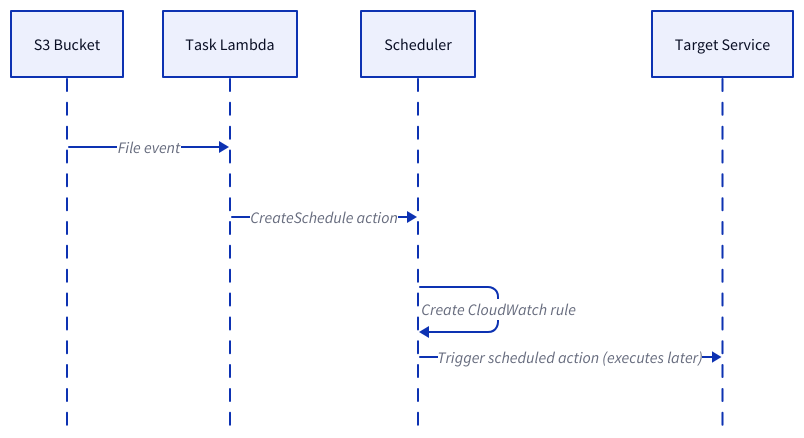
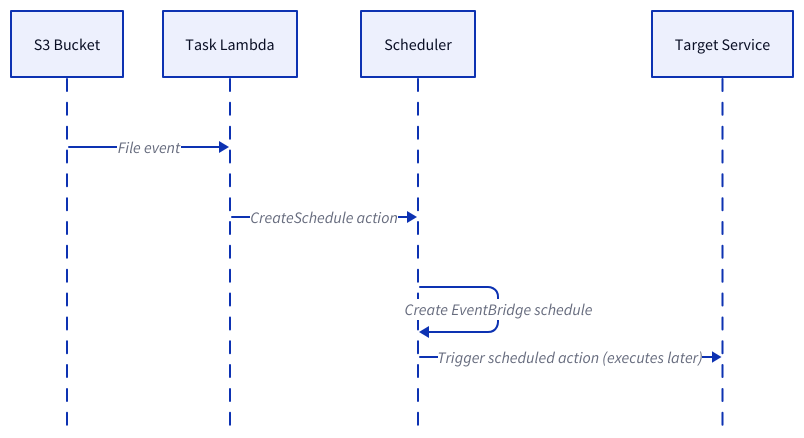
Before and after one commit to ReventlessDev/reventless-core: the third of 4 diagrams in packages/doc/docs-app/components/task.md, drawn with D2. The commit also changed other lines of this file and 66 other files, not shown here.

First line of the commit message:
feat!: schedules take a Schedule.time, run on EventBridge Scheduler on AWS

````diff
--- a/packages/doc/docs-app/components/task.md
+++ b/packages/doc/docs-app/components/task.md
@@ -259,13 +259,13 @@
 ```d2
 shape: sequence_diagram
 
 S3: S3 Bucket { class: aws-service }
 Lambda: Task Lambda { class: aws-service }
 Scheduler: Scheduler { class: scheduler }
 Target: Target Service { class: external-system }
 
 S3 -> Lambda: File event
 Lambda -> Scheduler: CreateSchedule action
-Scheduler -> Scheduler: Create CloudWatch rule
+Scheduler -> Scheduler: Create EventBridge schedule
 Scheduler -> Target: "Trigger scheduled action (executes later)"
 ```
````
